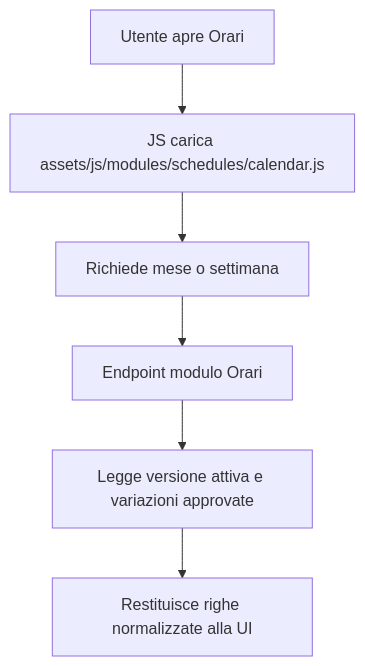
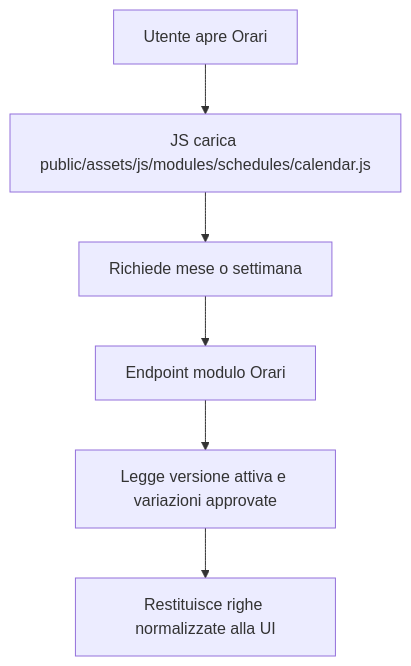
One commit to Pikappa39/App_iperal changed the second of 5 diagrams in docs/modules/schedules.md. Above: the diagram before and after it, drawn with Mermaid. The commit also changed other lines of this file and 115 other files, not shown here.

````diff
--- a/docs/modules/schedules.md
+++ b/docs/modules/schedules.md
@@ -89,8 +92,8 @@
 ```mermaid
 flowchart TD
-    A["Utente apre Orari"] --> B["JS carica assets/js/modules/schedules/calendar.js"]
+    A["Utente apre Orari"] --> B["JS carica public/assets/js/modules/schedules/calendar.js"]
     B --> C["Richiede mese o settimana"]
     C --> D["Endpoint modulo Orari"]
     D --> E["Legge versione attiva e variazioni approvate"]
     E --> F["Restituisce righe normalizzate alla UI"]
 ```
````
